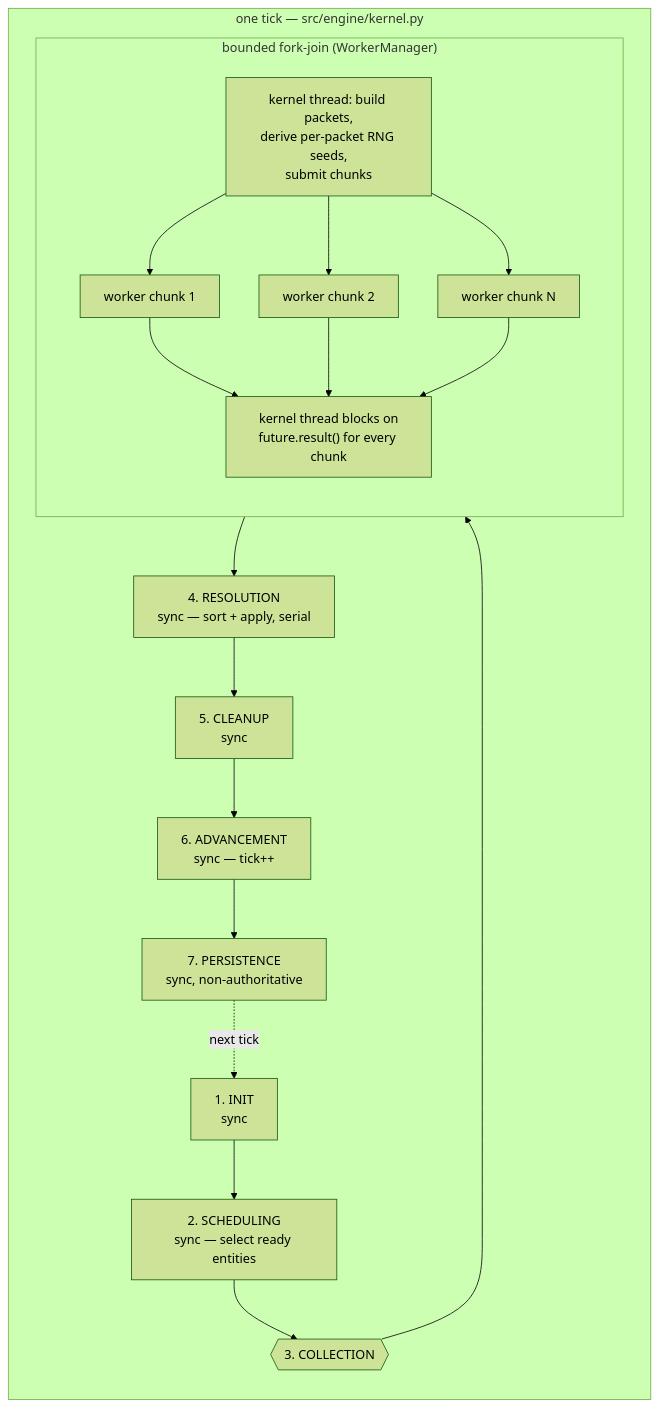
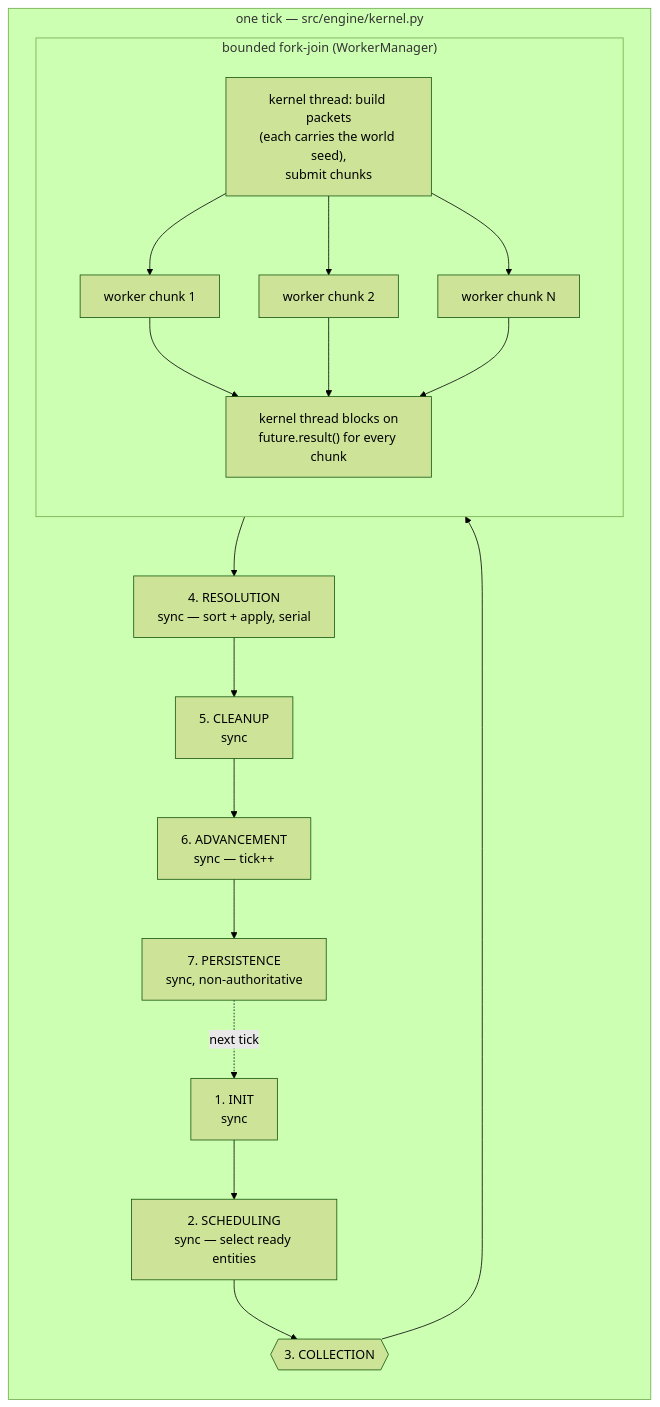
Before and after one commit to rpg-sim-lab/rpg-based-simulation: the second of 4 diagrams in docs/architecture/kernel_concurrency_design_philosophy.md, drawn with Mermaid (forest theme). The commit also changed other lines of this file and 20 other files, not shown here.

First line of the commit message:
architecture: Docs as a review source: approved plan, topic map and three doc/website fixes (4 tickets) (#846)

````diff
--- a/docs/architecture/kernel_concurrency_design_philosophy.md
+++ b/docs/architecture/kernel_concurrency_design_philosophy.md
@@ -56,26 +56,26 @@
 ```mermaid
 flowchart TB
     subgraph tick["one tick — src/engine/kernel.py"]
         direction TB
         INIT["1. INIT\nsync"] --> SCHED["2. SCHEDULING\nsync — select ready entities"]
         SCHED --> COLLSTART{{"3. COLLECTION"}}
         COLLSTART --> FANOUT
         FANOUT --> RES["4. RESOLUTION\nsync — sort + apply, serial"]
         RES --> CLEAN["5. CLEANUP\nsync"]
         CLEAN --> ADV["6. ADVANCEMENT\nsync — tick++"]
         ADV --> PERSIST["7. PERSISTENCE\nsync, non-authoritative"]
     end
 
     subgraph FANOUT["bounded fork-join (WorkerManager)"]
         direction TB
-        DISPATCH["kernel thread: build packets,\nderive per-packet RNG seeds,\nsubmit chunks"]
+        DISPATCH["kernel thread: build packets\n(each carries the world seed),\nsubmit chunks"]
         DISPATCH --> W1["worker chunk 1"]
         DISPATCH --> W2["worker chunk 2"]
         DISPATCH --> W3["worker chunk N"]
         W1 --> JOIN["kernel thread blocks on\nfuture.result() for every chunk"]
         W2 --> JOIN
         W3 --> JOIN
     end
 
     PERSIST -.next tick.-> INIT
 ```
````
